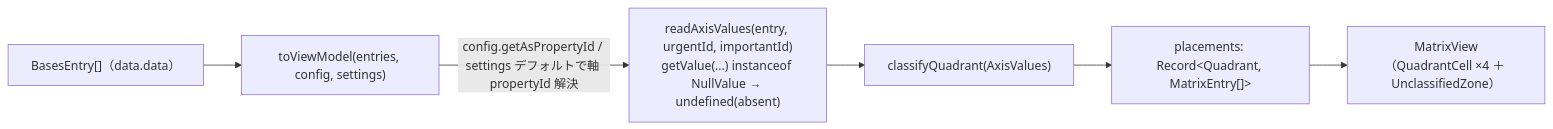
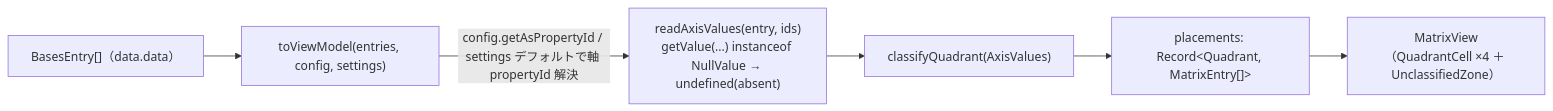
The third of 6 diagrams in docs/design/ui.md (nakaba-lab/eisenhower-bases-view), drawn with Mermaid before and after one commit. The commit also changed other lines of this file and 26 other files, not shown here.

````diff
--- a/docs/design/ui.md
+++ b/docs/design/ui.md
@@ -188,8 +188,8 @@
 ```mermaid
 flowchart LR
     E["BasesEntry[]（data.data）"] --> R["toViewModel(entries, config, settings)"]
-    R -->|config.getAsPropertyId / settings デフォルトで軸 propertyId 解決| RA["readAxisValues(entry, urgentId, importantId)<br/>getValue(...) instanceof NullValue → undefined(absent)"]
+    R -->|config.getAsPropertyId / settings デフォルトで軸 propertyId 解決| RA["readAxisValues(entry, ids)<br/>getValue(...) instanceof NullValue → undefined(absent)"]
     RA --> C["classifyQuadrant(AxisValues)"]
     C --> P["placements: Record&lt;Quadrant, MatrixEntry[]&gt;"]
     P --> UI["MatrixView（QuadrantCell ×4 ＋ UnclassifiedZone）"]
 ```
````
